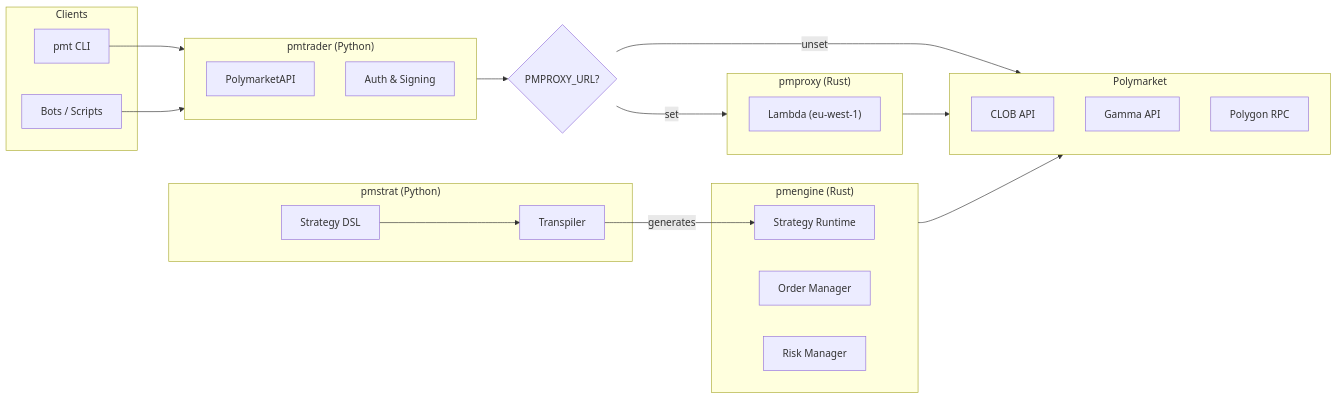
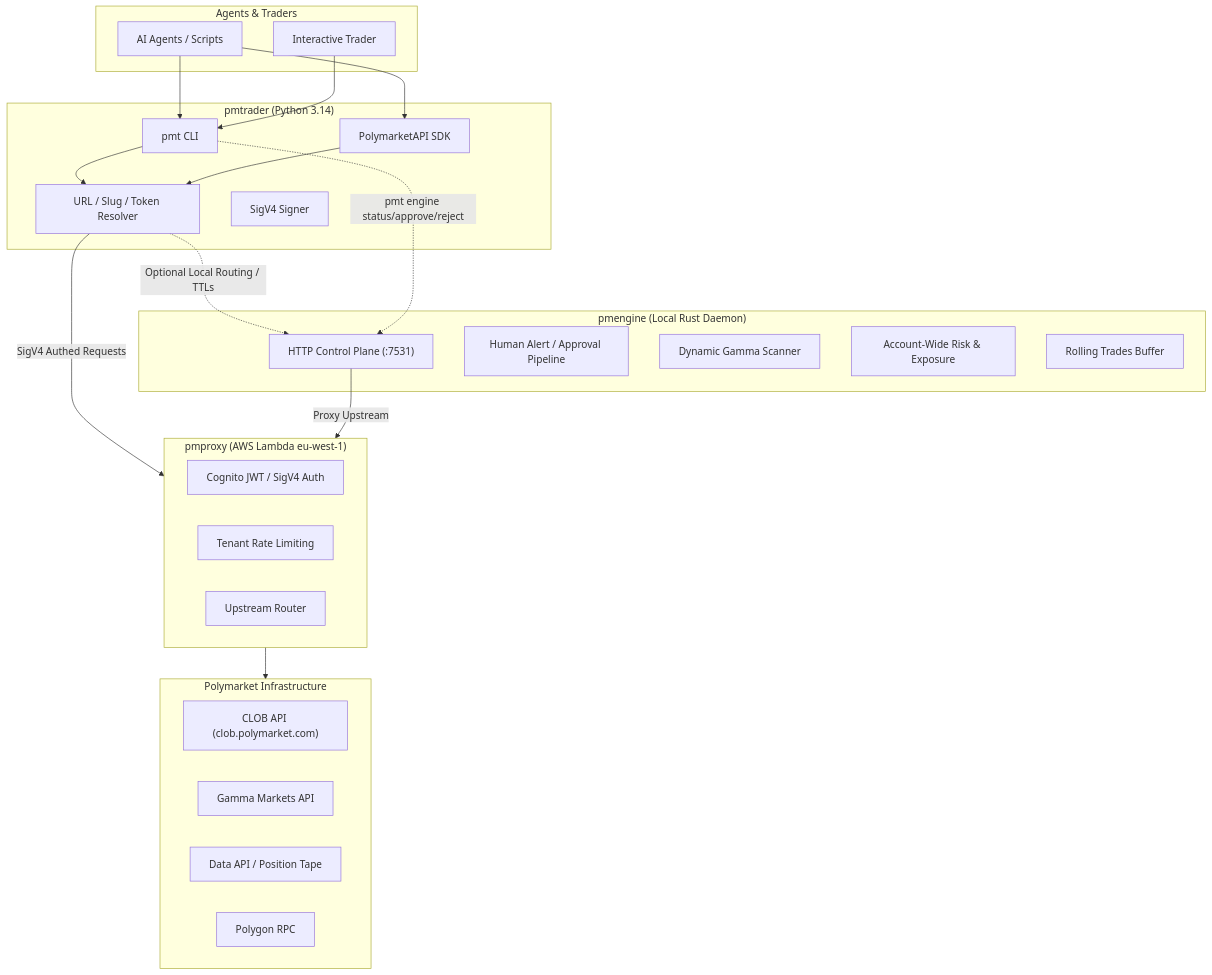
The diagram in README.md (hunterjsb/pmt), drawn with Mermaid before and after one commit. The commit also changed other lines of this file and 21 other files, not shown here.

Commit message:
chore: clean up transpiler, resolve clippy/compiler warnings, and refresh agentic docs

````diff
--- a/README.md
+++ b/README.md
@@ -19,47 +21,50 @@
 ```mermaid
-flowchart LR
-    subgraph Clients
-        CLI["pmt CLI"]
-        BOT["Bots / Scripts"]
+flowchart TD
+    subgraph UsersAndAgents["Agents & Traders"]
+        AGENT["AI Agents / Scripts"]
+        USER["Interactive Trader"]
     end
 
-    subgraph PMT["pmtrader (Python)"]
-        API["PolymarketAPI"]
-        AUTH["Auth & Signing"]
+    subgraph PMTRADER["pmtrader (Python 3.14)"]
+        CLI["pmt CLI"]
+        SDK["PolymarketAPI SDK"]
+        RESOLVE["URL / Slug / Token Resolver"]
+        SIGV4["SigV4 Signer"]
     end
 
-    subgraph STRATDSL["pmstrat (Python)"]
-        DSL["Strategy DSL"]
-        TRANS["Transpiler"]
+    AGENT --> CLI
+    AGENT --> SDK
+    USER --> CLI
+
+    CLI --> RESOLVE
+    SDK --> RESOLVE
+
+    subgraph ENGINE_LOCAL["pmengine (Local Rust Daemon)"]
+        CP["HTTP Control Plane (:7531)"]
+        ALERTS["Human Alert / Approval Pipeline"]
+        SCANNER["Dynamic Gamma Scanner"]
+        RISK["Account-Wide Risk & Exposure"]
+        TRADES["Rolling Trades Buffer"]
     end
 
-    subgraph ENGINE["pmengine (Rust)"]
-        STRAT["Strategy Runtime"]
-        ORDER["Order Manager"]
-        RISK["Risk Manager"]
+    RESOLVE -.->|"Optional Local Routing / TTLs"| CP
+    CLI -.->|"pmt engine status/approve/reject"| CP
+
+    subgraph PROXY["pmproxy (AWS Lambda eu-west-1)"]
+        AUTH["Cognito JWT / SigV4 Auth"]
+        RATELIMIT["Tenant Rate Limiting"]
+        ROUTE["Upstream Router"]
     end
 
-    DSL --> TRANS
-    TRANS -->|"generates"| STRAT
+    RESOLVE -->|"SigV4 Authed Requests"| PROXY
+    CP -->|"Proxy Upstream"| PROXY
 
-    CLI --> PMT
-    BOT --> PMT
-
-    PMT --> DECIDE{"PMPROXY_URL?"}
-
-    subgraph PROXY["pmproxy (Rust)"]
-        LAMBDA["Lambda (eu-west-1)"]
-    end
-
-    DECIDE -->|set| PROXY
-    DECIDE -->|unset| POLY
-
-    subgraph POLY["Polymarket"]
-        CLOB["CLOB API"]
-        GAMMA["Gamma API"]
+    subgraph POLY["Polymarket Infrastructure"]
+        CLOB["CLOB API (clob.polymarket.com)"]
+        GAMMA["Gamma Markets API"]
+        DATA["Data API / Position Tape"]
         RPC["Polygon RPC"]
     end
 
     PROXY --> POLY
-    ENGINE --> POLY
 ```
````
